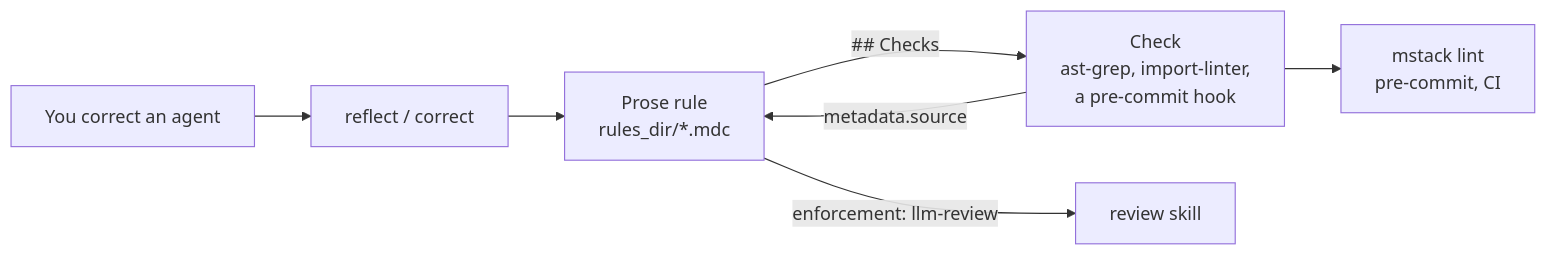
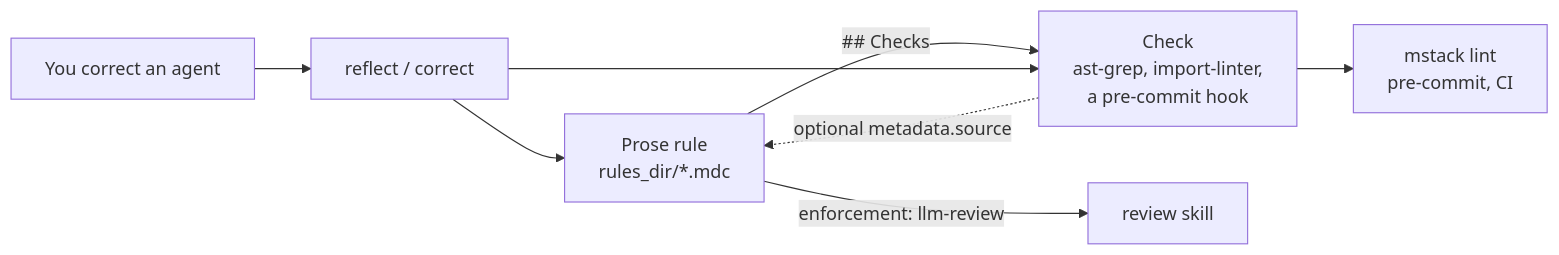
Before and after one commit to justmatias/mstack: the first of 2 diagrams in docs/workflow.md, drawn with Mermaid. The commit also changed other lines of this file and 50 other files, not shown here.

````diff
--- a/docs/workflow.md
+++ b/docs/workflow.md
@@ -9,9 +9,10 @@
 ```mermaid
 flowchart LR
     rule["Prose rule<br/>rules_dir/*.mdc"] -- "## Checks" --> check["Check<br/>ast-grep, import-linter,<br/>a pre-commit hook"]
     rule -- "enforcement: llm-review" --> review["review skill"]
-    check -- "metadata.source" --> rule
+    check -. "optional metadata.source" .-> rule
     check --> lint["mstack lint<br/>pre-commit, CI"]
     correction["You correct an agent"] --> reflect["reflect / correct"]
     reflect --> rule
+    reflect --> check
 ```
````
